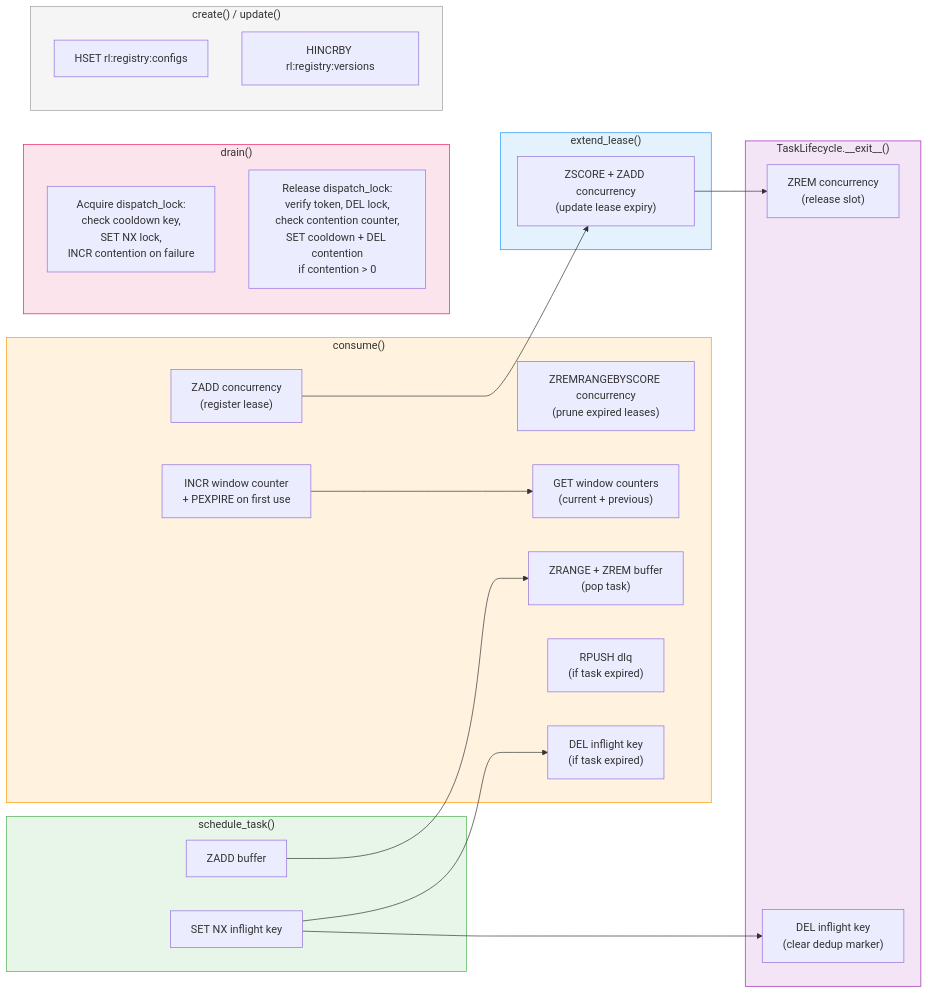
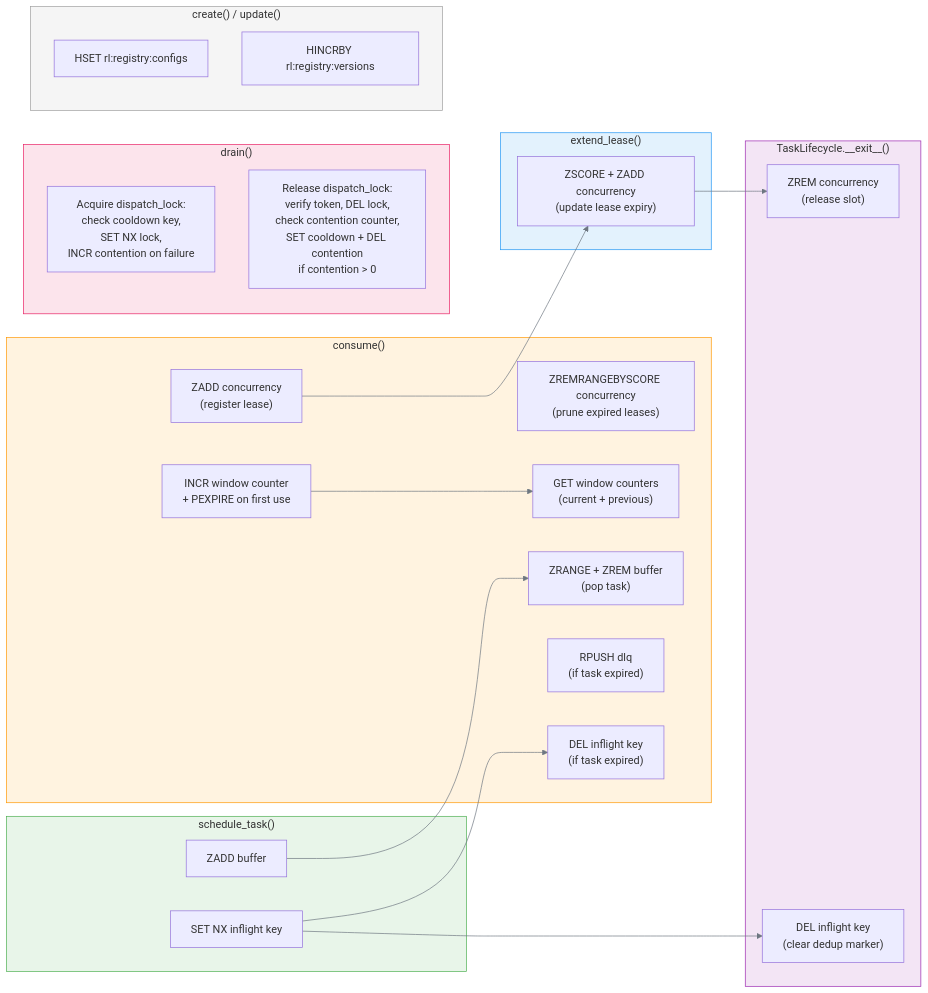
Before and after one commit to melroy999/redis-rate-limiter: the diagram in docs/architecture/redis-keys.md, drawn with Mermaid. The commit also changed 20 other files, not shown here.

Commit message:
[/async] Fixed test section dividers and line breaks + darkmode colors in mermaid diagrams.

````diff
--- a/docs/architecture/redis-keys.md
+++ b/docs/architecture/redis-keys.md
@@ -25,50 +25,51 @@
 ```mermaid
+%%{init: {"theme": "default", "themeVariables": {"lineColor": "#6e7781"}}}%%
 graph LR
     subgraph Schedule ["schedule_task()"]
         S1["SET NX inflight key"]
         S2["ZADD buffer"]
     end
 
     subgraph Consume ["consume()"]
-        C1["ZREMRANGEBYSCORE concurrency\n(prune expired leases)"]
-        C2["GET window counters\n(current + previous)"]
-        C3["ZRANGE + ZREM buffer\n(pop task)"]
-        C4["INCR window counter\n+ PEXPIRE on first use"]
-        C5["ZADD concurrency\n(register lease)"]
-        C6["RPUSH dlq\n(if task expired)"]
-        C7["DEL inflight key\n(if task expired)"]
+        C1["ZREMRANGEBYSCORE concurrency<br>(prune expired leases)"]
+        C2["GET window counters<br>(current + previous)"]
+        C3["ZRANGE + ZREM buffer<br>(pop task)"]
+        C4["INCR window counter<br>+ PEXPIRE on first use"]
+        C5["ZADD concurrency<br>(register lease)"]
+        C6["RPUSH dlq<br>(if task expired)"]
+        C7["DEL inflight key<br>(if task expired)"]
     end
 
     subgraph Renew ["extend_lease()"]
-        R1["ZSCORE + ZADD concurrency\n(update lease expiry)"]
+        R1["ZSCORE + ZADD concurrency<br>(update lease expiry)"]
     end
 
     subgraph Complete ["TaskLifecycle.__exit__()"]
-        E1["ZREM concurrency\n(release slot)"]
-        E2["DEL inflight key\n(clear dedup marker)"]
+        E1["ZREM concurrency<br>(release slot)"]
+        E2["DEL inflight key<br>(clear dedup marker)"]
     end
 
     subgraph Drain ["drain()"]
-        D1["Acquire dispatch_lock:\ncheck cooldown key,\nSET NX lock,\nINCR contention on failure"]
-        D2["Release dispatch_lock:\nverify token, DEL lock,\ncheck contention counter,\nSET cooldown + DEL contention\nif contention > 0"]
+        D1["Acquire dispatch_lock:<br>check cooldown key,<br>SET NX lock,<br>INCR contention on failure"]
+        D2["Release dispatch_lock:<br>verify token, DEL lock,<br>check contention counter,<br>SET cooldown + DEL contention<br>if contention > 0"]
     end
 
     subgraph Registry ["create() / update()"]
         REG1["HSET rl:registry:configs"]
         REG2["HINCRBY rl:registry:versions"]
     end
 
     S1 --> C7
     S2 --> C3
     C5 --> R1
     R1 --> E1
     S1 --> E2
     C4 --> C2
 
     style Schedule fill:#e8f5e9,stroke:#4CAF50
     style Consume fill:#fff3e0,stroke:#FF9800
     style Renew fill:#e3f2fd,stroke:#2196F3
     style Complete fill:#f3e5f5,stroke:#9C27B0
     style Drain fill:#fce4ec,stroke:#E91E63
     style Registry fill:#f5f5f5,stroke:#9E9E9E
 ```
````
